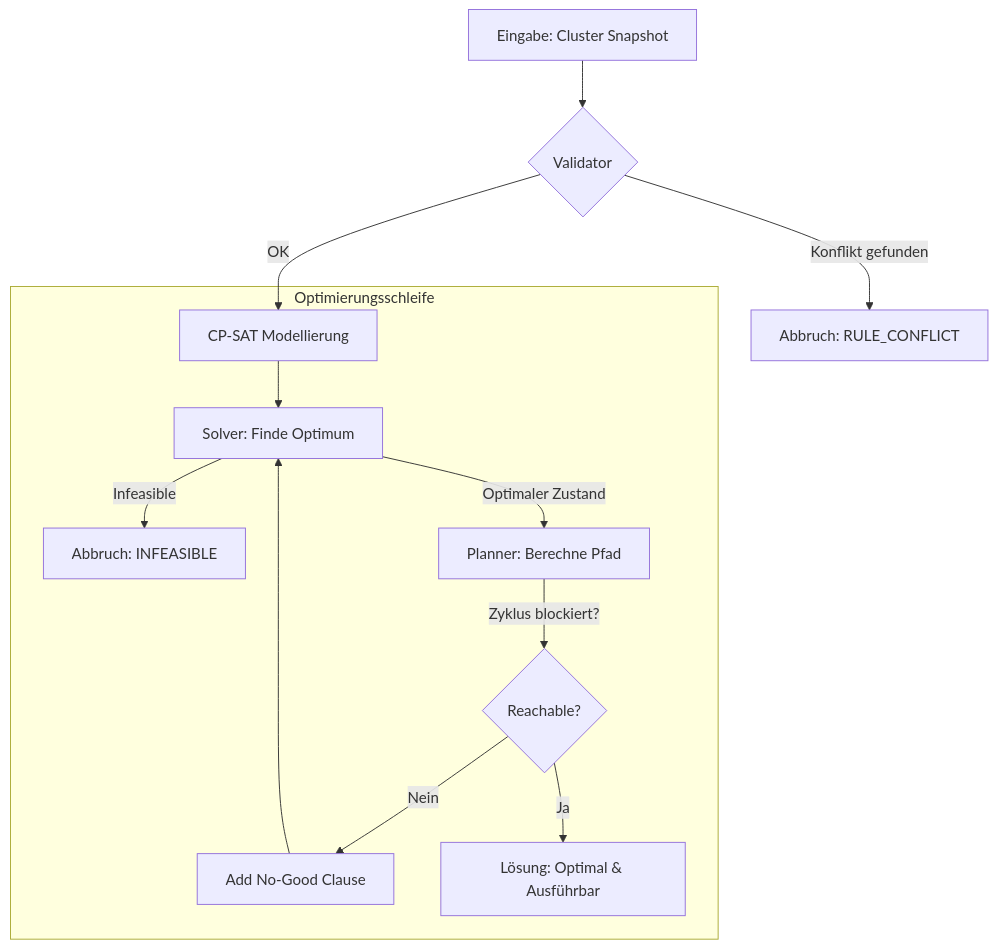
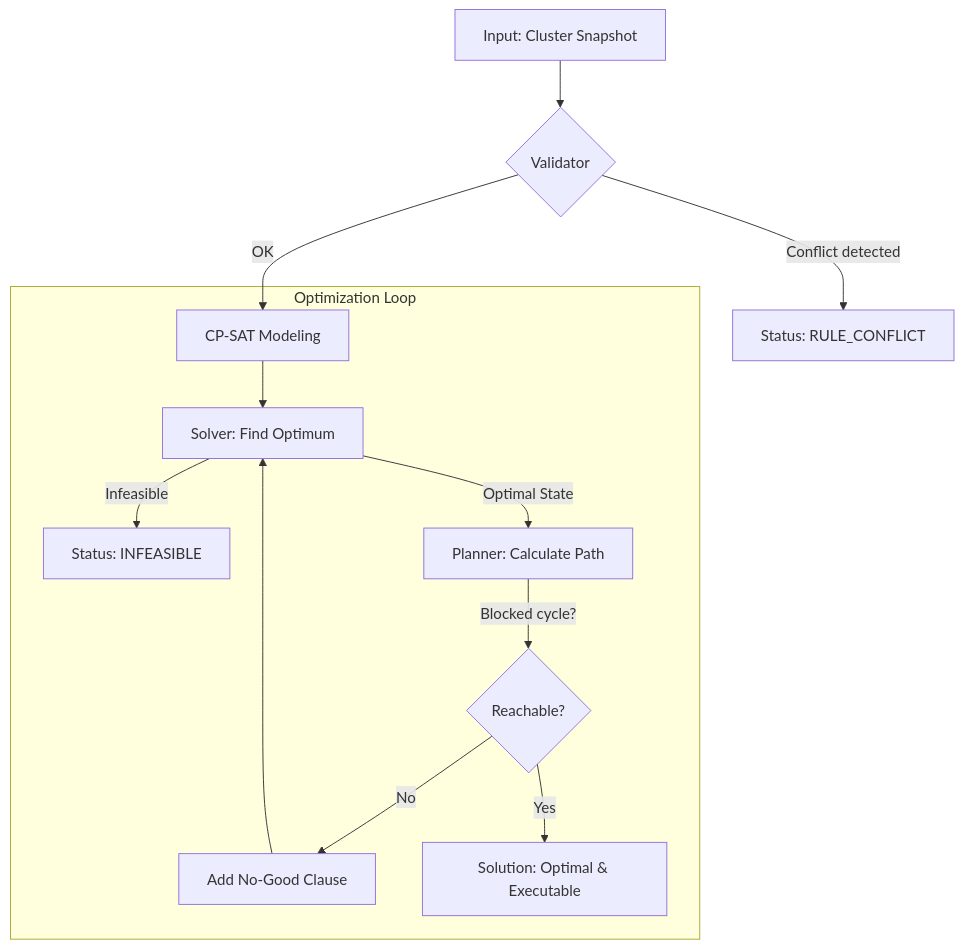
Before and after one commit to credativ/proxlb-solver: the diagram in README.md, drawn with Mermaid. The commit also changed other lines of this file, not shown here.

````diff
--- a/README.md
+++ b/README.md
@@ -7,16 +7,16 @@
 ```mermaid
 graph TD
-    A[Eingabe: Cluster Snapshot] --> B{Validator}
-    B -- Konflikt gefunden --> C[Abbruch: RULE_CONFLICT]
-    B -- OK --> D[CP-SAT Modellierung]
+    A[Input: Cluster Snapshot] --> B{Validator}
+    B -- Conflict detected --> C[Status: RULE_CONFLICT]
+    B -- OK --> D[CP-SAT Modeling]
     
-    subgraph Solver [Optimierungsschleife]
-    D --> E[Solver: Finde Optimum]
-    E -- Infeasible --> F[Abbruch: INFEASIBLE]
-    E -- Optimaler Zustand --> G[Planner: Berechne Pfad]
-    G -- Zyklus blockiert? --> H{Reachable?}
-    H -- Nein --> I[Add No-Good Clause]
+    subgraph Solver [Optimization Loop]
+    D --> E[Solver: Find Optimum]
+    E -- Infeasible --> F[Status: INFEASIBLE]
+    E -- Optimal State --> G[Planner: Calculate Path]
+    G -- Blocked cycle? --> H{Reachable?}
+    H -- No --> I[Add No-Good Clause]
     I --> E
-    H -- Ja --> J[Lösung: Optimal & Ausführbar]
+    H -- Yes --> J[Solution: Optimal & Executable]
     end
 ```
````
